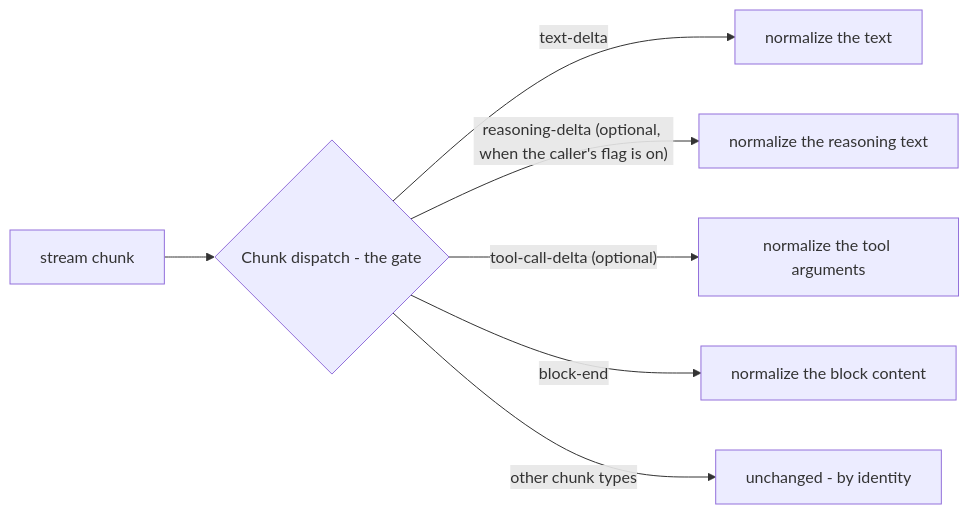
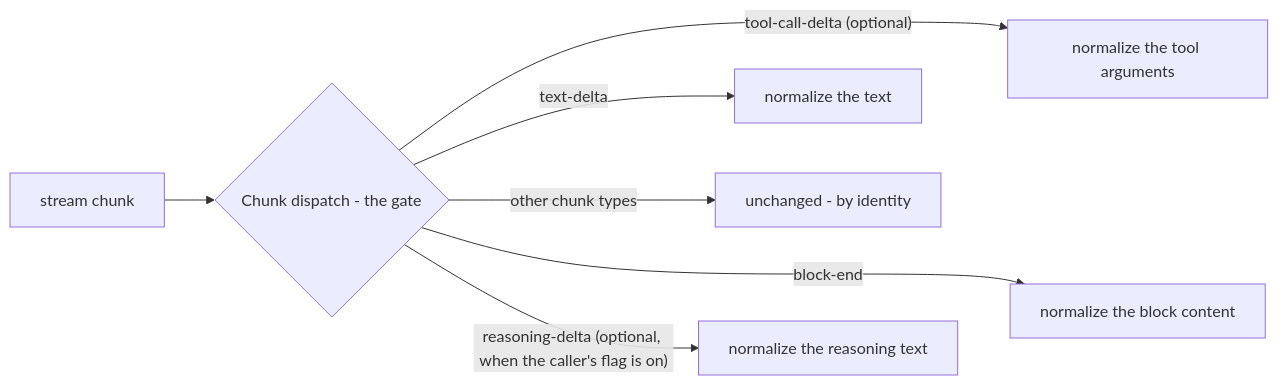
The diagram in Source/Content/Mermaid/core-chunk-dispatch.mmd (PlayForm/Site-DeepSeek), drawn with Mermaid before and after one commit. The commit also changed 19 other files, not shown here.

```diff
--- a/Source/Content/Mermaid/core-chunk-dispatch.mmd
+++ b/Source/Content/Mermaid/core-chunk-dispatch.mmd
@@ -1,7 +1,12 @@
 flowchart LR
 	IN["stream chunk"] --> G{"Chunk dispatch - the gate"}
 	G -- "text-delta" --> T["normalize the text"]
 	G -- "reasoning-delta (optional, when the caller's flag is on)" --> R["normalize the reasoning text"]
 	G -- "tool-call-delta (optional)" --> C["normalize the tool arguments"]
 	G -- "block-end" --> B["normalize the block content"]
 	G -- "other chunk types" --> I["unchanged - by identity"]
+	%% Invisible layout links only - no semantics. They stagger the five
+	%% dispatch branches across two left-to-right rows so the fan-out
+	%% renders as a wide horizontal band instead of a tall vertical stack.
+	T ~~~ C
+	R ~~~ B
```
